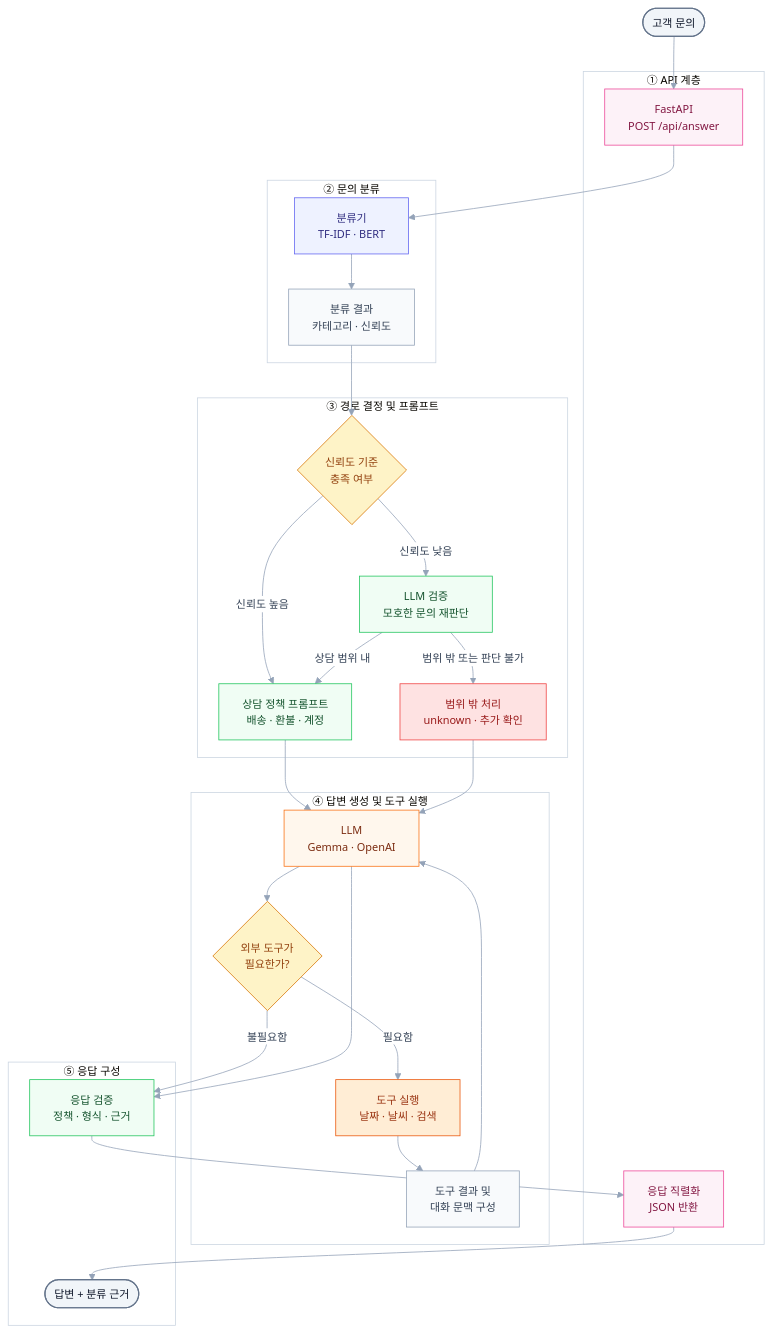
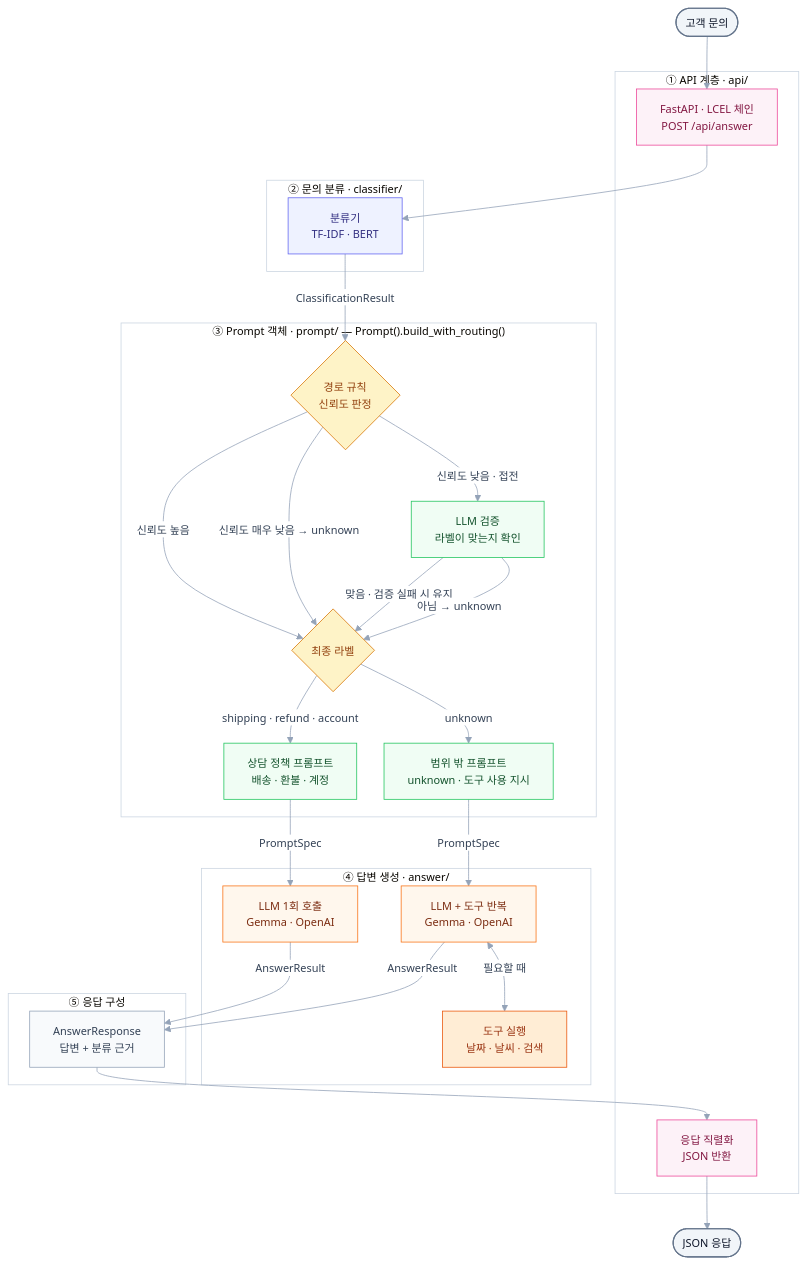
The diagram in README.md (theSealLLM/Seal_LLM), drawn with Mermaid before and after one commit.

Commit message:
docs: README 전체 흐름을 실제 코드(Prompt 객체 · LCEL 체인)에 맞게 수정
- ③을 Prompt 객체 하나(Prompt().build_with_routing())로 묶고, 그 안에서
  경로 규칙 → (필요하면) LLM 검증 → 최종 라벨 → 프롬프트 선택이 일어나도록 표시
- 범위 밖도 상담 정책과 같은 프롬프트(PromptSpec)로 표시 (prompt_generator.py 한 곳에서 생성)
- 신뢰도가 매우 낮으면 검증 없이 unknown, 검증 실패 시에는 원래 라벨 유지
- 도구는 unknown 프롬프트 경로에서만 사용, 없는 단계(응답 검증)는 AnswerResponse 구성으로 교체
- 단계 사이에 실제로 넘어가는 형식(ClassificationResult · PromptSpec · AnswerResult) 표시

````diff
--- a/README.md
+++ b/README.md
@@ -9,68 +9,66 @@
 ```mermaid
 %%{init: {"theme": "base", "flowchart": {"htmlLabels": true, "curve": "basis", "nodeSpacing": 35, "rankSpacing": 45}, "themeVariables": {"fontSize": "14px", "lineColor": "#94A3B8", "clusterBkg": "#FFFFFF", "clusterBorder": "#CBD5E1", "edgeLabelBackground": "#FFFFFF", "primaryTextColor": "#334155"}}}%%
 
 flowchart TD
     IN(["고객 문의"]):::io
 
-    subgraph API_LAYER["① API 계층"]
-        API_IN["FastAPI<br/>POST /api/answer"]:::api
+    subgraph API_LAYER["① API 계층 · api/"]
+        API_IN["FastAPI · LCEL 체인<br/>POST /api/answer"]:::api
         API_OUT["응답 직렬화<br/>JSON 반환"]:::api
     end
 
-    subgraph CLASSIFY["② 문의 분류"]
+    subgraph CLASSIFY["② 문의 분류 · classifier/"]
         CLS["분류기<br/>TF-IDF · BERT"]:::cls
-        RESULT["분류 결과<br/>카테고리 · 신뢰도"]:::data
     end
 
-    subgraph ROUTING["③ 경로 결정 및 프롬프트"]
-        ROUTER{"신뢰도 기준<br/>충족 여부"}:::decision
-        VERIFY["LLM 검증<br/>모호한 문의 재판단"]:::prm
+    subgraph PROMPT["③ Prompt 객체 · prompt/  —  Prompt().build_with_routing()"]
+        ROUTER{"경로 규칙<br/>신뢰도 판정"}:::decision
+        VERIFY["LLM 검증<br/>라벨이 맞는지 확인"]:::prm
+        SELECT{"최종 라벨"}:::decision
         POLICY["상담 정책 프롬프트<br/>배송 · 환불 · 계정"]:::prm
-        UNKNOWN["범위 밖 처리<br/>unknown · 추가 확인"]:::unknown
+        UNKNOWN["범위 밖 프롬프트<br/>unknown · 도구 사용 지시"]:::prm
     end
 
-    subgraph GENERATION["④ 답변 생성 및 도구 실행"]
-        LLM["LLM<br/>Gemma · OpenAI"]:::ans
-        TOOL{"외부 도구가<br/>필요한가?"}:::decision
+    subgraph GENERATION["④ 답변 생성 · answer/"]
+        LLM["LLM 1회 호출<br/>Gemma · OpenAI"]:::ans
+        LLM_T["LLM + 도구 반복<br/>Gemma · OpenAI"]:::ans
         EXEC["도구 실행<br/>날짜 · 날씨 · 검색"]:::tool
-        CONTEXT["도구 결과 및<br/>대화 문맥 구성"]:::data
     end
 
     subgraph RESPONSE["⑤ 응답 구성"]
-        CHECK["응답 검증<br/>정책 · 형식 · 근거"]:::prm
-        OUT(["답변 + 분류 근거"]):::io
+        BUILD["AnswerResponse<br/>답변 + 분류 근거"]:::data
     end
+
+    OUT(["JSON 응답"]):::io
 
     IN --> API_IN
     API_IN --> CLS
-    CLS --> RESULT
-    RESULT --> ROUTER
+    CLS -->|ClassificationResult| ROUTER
 
-    ROUTER -->|신뢰도 높음| POLICY
-    ROUTER -->|신뢰도 낮음| VERIFY
-    VERIFY -->|상담 범위 내| POLICY
-    VERIFY -->|범위 밖 또는 판단 불가| UNKNOWN
+    ROUTER -->|신뢰도 높음| SELECT
+    ROUTER -->|신뢰도 낮음 · 접전| VERIFY
+    ROUTER -->|신뢰도 매우 낮음 → unknown| SELECT
+    VERIFY -->|맞음 · 검증 실패 시 유지| SELECT
+    VERIFY -->|아님 → unknown| SELECT
 
-    POLICY --> LLM
-    UNKNOWN --> LLM
+    SELECT -->|shipping · refund · account| POLICY
+    SELECT -->|unknown| UNKNOWN
 
-    LLM --> TOOL
-    TOOL -->|필요함| EXEC
-    EXEC --> CONTEXT
-    CONTEXT --> LLM
-    TOOL -->|불필요함| CHECK
+    POLICY -->|PromptSpec| LLM
+    UNKNOWN -->|PromptSpec| LLM_T
+    LLM_T <-->|필요할 때| EXEC
 
-    LLM --> CHECK
-    CHECK --> API_OUT
+    LLM -->|AnswerResult| BUILD
+    LLM_T -->|AnswerResult| BUILD
+    BUILD --> API_OUT
     API_OUT --> OUT
 
     classDef io fill:#F1F5F9,stroke:#64748B,color:#0F172A,stroke-width:1.5px
     classDef api fill:#FDF2F8,stroke:#EC4899,color:#831843
     classDef cls fill:#EEF2FF,stroke:#6366F1,color:#312E81
     classDef prm fill:#F0FDF4,stroke:#22C55E,color:#14532D
     classDef ans fill:#FFF7ED,stroke:#F97316,color:#7C2D12
     classDef tool fill:#FFEDD5,stroke:#EA580C,color:#9A3412
     classDef data fill:#F8FAFC,stroke:#94A3B8,color:#334155
     classDef decision fill:#FEF3C7,stroke:#D97706,color:#92400E
-    classDef unknown fill:#FEE2E2,stroke:#EF4444,color:#991B1B
 ```
````
